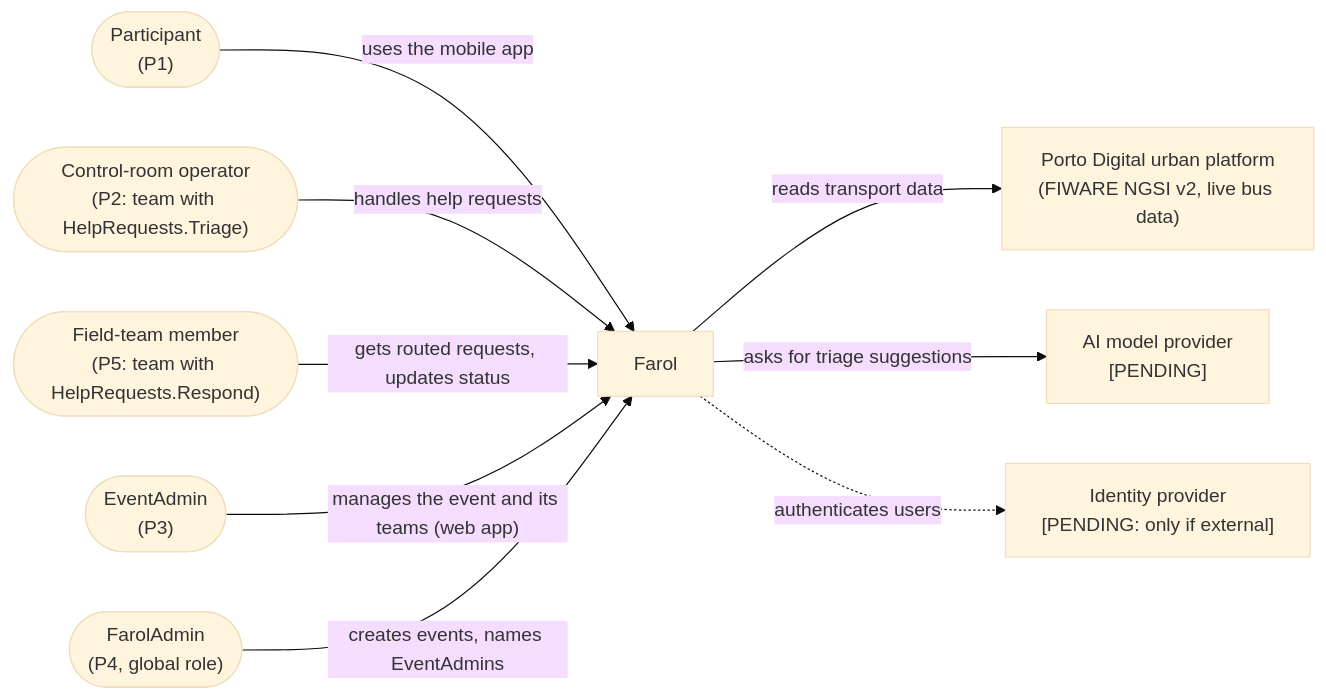
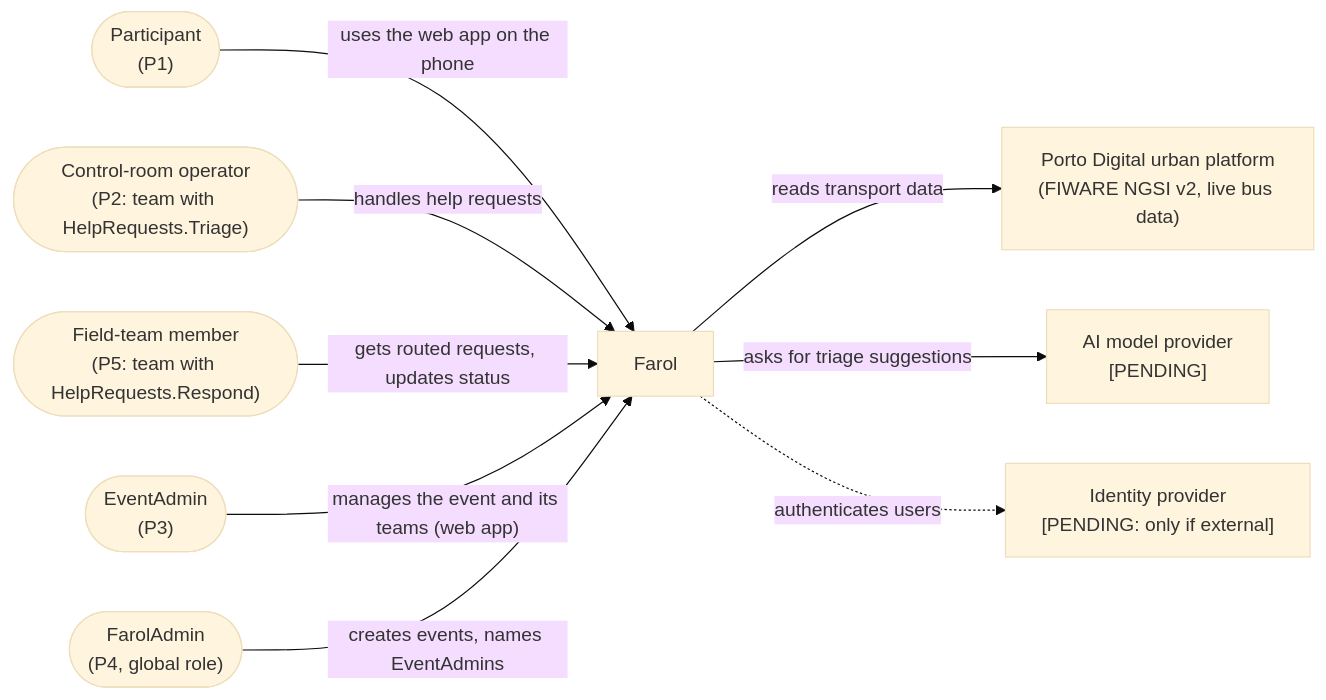
One commit to tomasoliveira21/LABDSOF changed the first of 2 diagrams in Docs/Technical/architecture.md. Above: the diagram before and after it, drawn with Mermaid (base theme). The commit also changed other lines of this file and 9 other files, not shown here.

Commit message:
docs (#125): Remove the mobile app from the documentation

````diff
--- a/Docs/Technical/architecture.md
+++ b/Docs/Technical/architecture.md
@@ -27,21 +27,21 @@
 ```mermaid
 flowchart LR
     P(["Participant<br/>(P1)"])
     O(["Control-room operator<br/>(P2: team with HelpRequests.Triage)"])
     R(["Field-team member<br/>(P5: team with HelpRequests.Respond)"])
     A(["EventAdmin<br/>(P3)"])
     PA(["FarolAdmin<br/>(P4, global role)"])
     SYS["Farol"]
     TR["Porto Digital urban platform<br/>(FIWARE NGSI v2, live bus data)"]
     LLM["AI model provider<br/>[PENDING]"]
     IDP["Identity provider<br/>[PENDING: only if external]"]
 
-    P -- "uses the mobile app" --> SYS
+    P -- "uses the web app on the phone" --> SYS
     O -- "handles help requests" --> SYS
     R -- "gets routed requests, updates status" --> SYS
     A -- "manages the event and its teams (web app)" --> SYS
     PA -- "creates events, names EventAdmins" --> SYS
     SYS -- "reads transport data" --> TR
     SYS -- "asks for triage suggestions" --> LLM
     SYS -. "authenticates users" .-> IDP
 ```
````
